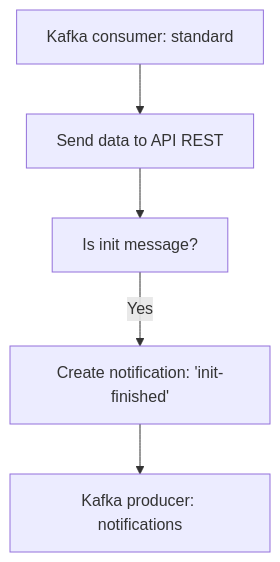
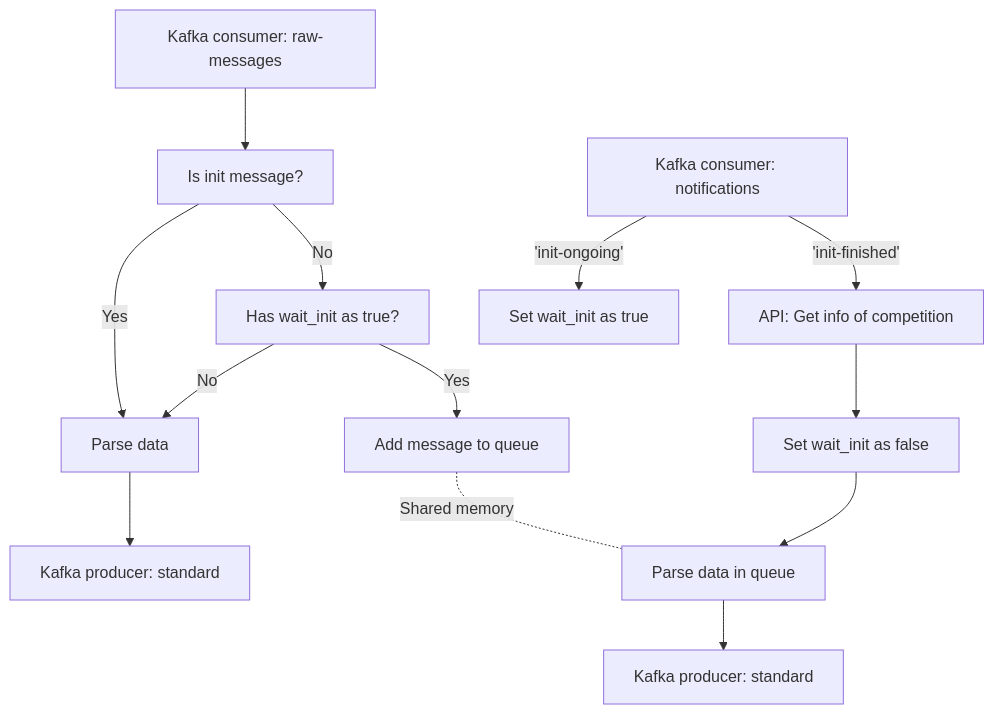
The second of 3 diagrams in lts-pipeline/README.md (DimasDMM/live-timing-strategy), drawn with Mermaid before and after one commit. The commit also changed other lines of this file and 44 other files, not shown here.

````diff
--- a/lts-pipeline/README.md
+++ b/lts-pipeline/README.md
@@ -95,8 +105,19 @@
 ```mermaid
 graph TD;
-  A[Kafka consumer: standard]
-  A --> B[Send data to API REST]
-  B --> C[Is init message?]
-  C -- Yes --> D[Create notification: 'init-finished']
-  D --> E[Kafka producer: notifications]
+  A[Kafka consumer: raw-messages]
+  A --> M[Is init message?]
+  M -- No --> B[Has wait_init as true?]
+  B -- Yes --> E[Add message to queue]
+  B -- No --> C[Parse data]
+  M -- Yes --> C
+  C --> D[Kafka producer: standard]
+
+  F[Kafka consumer: notifications]
+  F -- 'init-finished' --> H[API: Get info of competition]
+  H --> I[Set wait_init as false]
+  I --> J[Parse data in queue]
+  J --> K[Kafka producer: standard]
+  F -- 'init-ongoing' --> L[Set wait_init as true]
+
+  E -. Shared memory .- J
 ```
````
